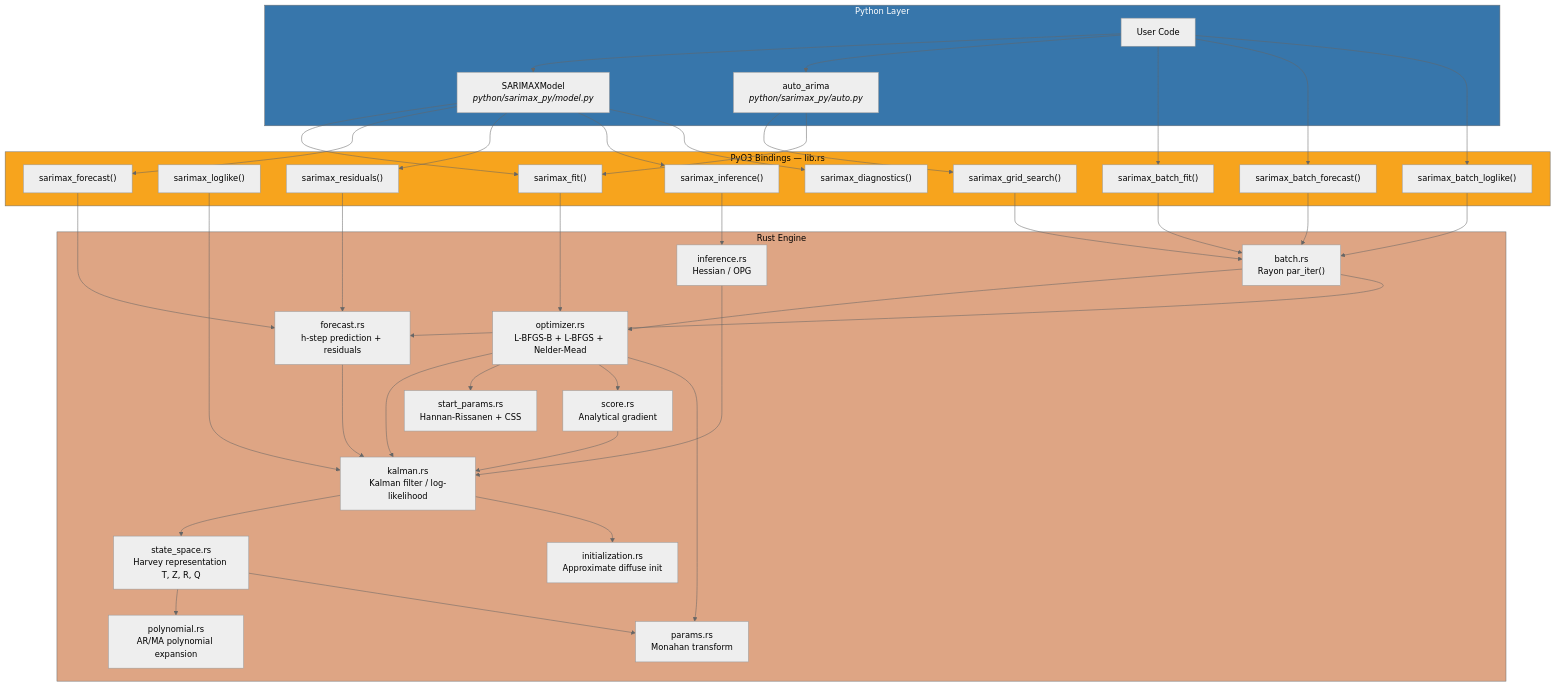
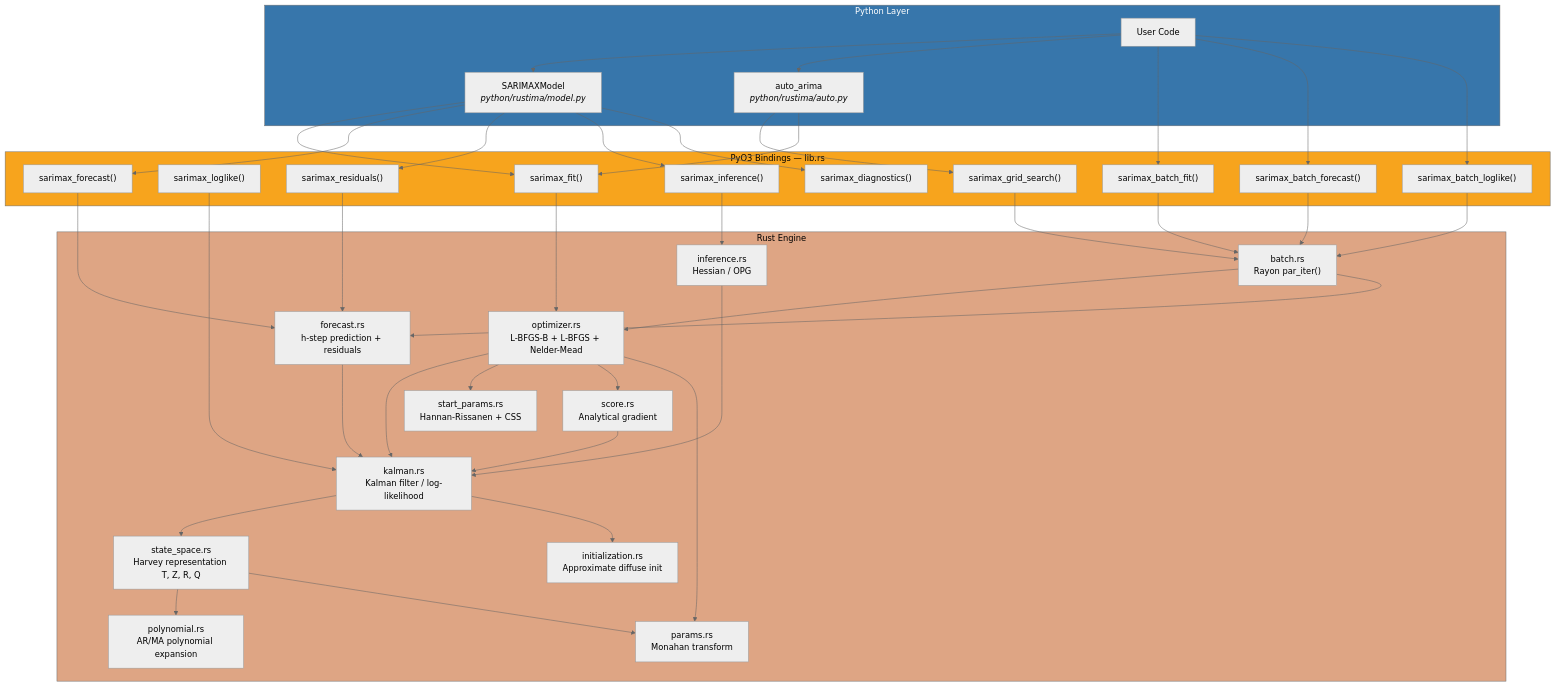
Before and after one commit to zongseung/Rust-python-arima: the first of 4 diagrams in README.md, drawn with Mermaid (neutral theme). The commit also changed other lines of this file and 1 other file, not shown here.

````diff
--- a/README.md
+++ b/README.md
@@ -236,76 +390,76 @@
 ```mermaid
 graph TB
     subgraph Python["Python Layer"]
         USER["User Code"]
-        MODEL["SARIMAXModel<br/><i>python/sarimax_py/model.py</i>"]
-        AUTO["auto_arima<br/><i>python/sarimax_py/auto.py</i>"]
+        MODEL["SARIMAXModel<br/><i>python/rustima/model.py</i>"]
+        AUTO["auto_arima<br/><i>python/rustima/auto.py</i>"]
         USER --> MODEL
         USER --> AUTO
     end
 
     subgraph PyO3["PyO3 Bindings — lib.rs"]
         FIT["sarimax_fit()"]
         LL["sarimax_loglike()"]
         FC["sarimax_forecast()"]
         RES["sarimax_residuals()"]
         BF["sarimax_batch_fit()"]
         BFC["sarimax_batch_forecast()"]
         BLL["sarimax_batch_loglike()"]
         GS["sarimax_grid_search()"]
         INF["sarimax_inference()"]
         DIAG["sarimax_diagnostics()"]
     end
 
     MODEL --> FIT
     MODEL --> FC
     MODEL --> RES
     MODEL --> INF
     MODEL --> DIAG
     AUTO --> GS
     AUTO --> FIT
     USER --> BF
     USER --> BFC
     USER --> BLL
 
     subgraph Rust["Rust Engine"]
         OPT["optimizer.rs<br/>L-BFGS-B + L-BFGS + Nelder-Mead"]
         KAL["kalman.rs<br/>Kalman filter / log-likelihood"]
         FCAST["forecast.rs<br/>h-step prediction + residuals"]
         BATCH["batch.rs<br/>Rayon par_iter()"]
         SS["state_space.rs<br/>Harvey representation T, Z, R, Q"]
         INIT["initialization.rs<br/>Approximate diffuse init"]
         SP["start_params.rs<br/>Hannan-Rissanen + CSS"]
         POLY["polynomial.rs<br/>AR/MA polynomial expansion"]
         PAR["params.rs<br/>Monahan transform"]
         SCR["score.rs<br/>Analytical gradient"]
         INFER["inference.rs<br/>Hessian / OPG"]
     end
 
     FIT --> OPT
     LL --> KAL
     FC --> FCAST
     RES --> FCAST
     BF --> BATCH
     BFC --> BATCH
     BLL --> BATCH
     GS --> BATCH
     INF --> INFER
 
     BATCH --> OPT
     BATCH --> FCAST
     OPT --> KAL
     OPT --> SP
     OPT --> SCR
     FCAST --> KAL
     KAL --> SS
     KAL --> INIT
     SS --> POLY
     SS --> PAR
     OPT --> PAR
     SCR --> KAL
     INFER --> KAL
 
     style Python fill:#3776ab,color:#fff
     style PyO3 fill:#f7a41d,color:#000
     style Rust fill:#dea584,color:#000
 ```
````
